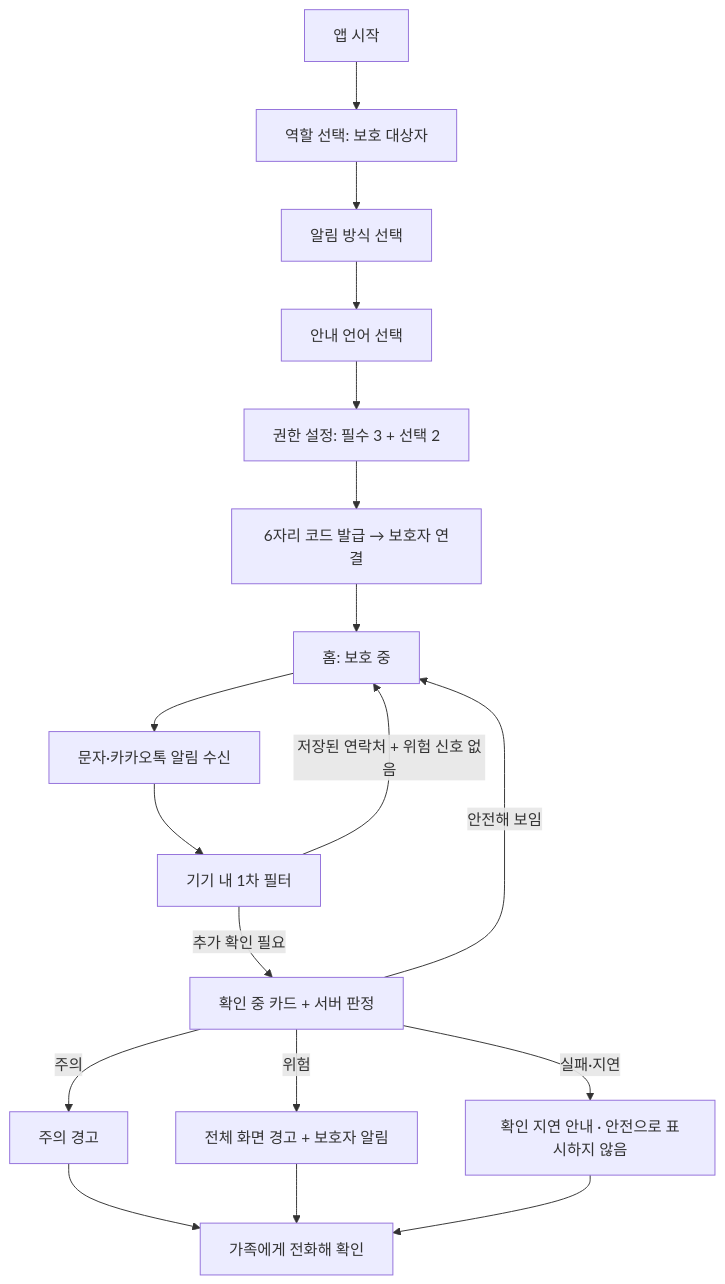
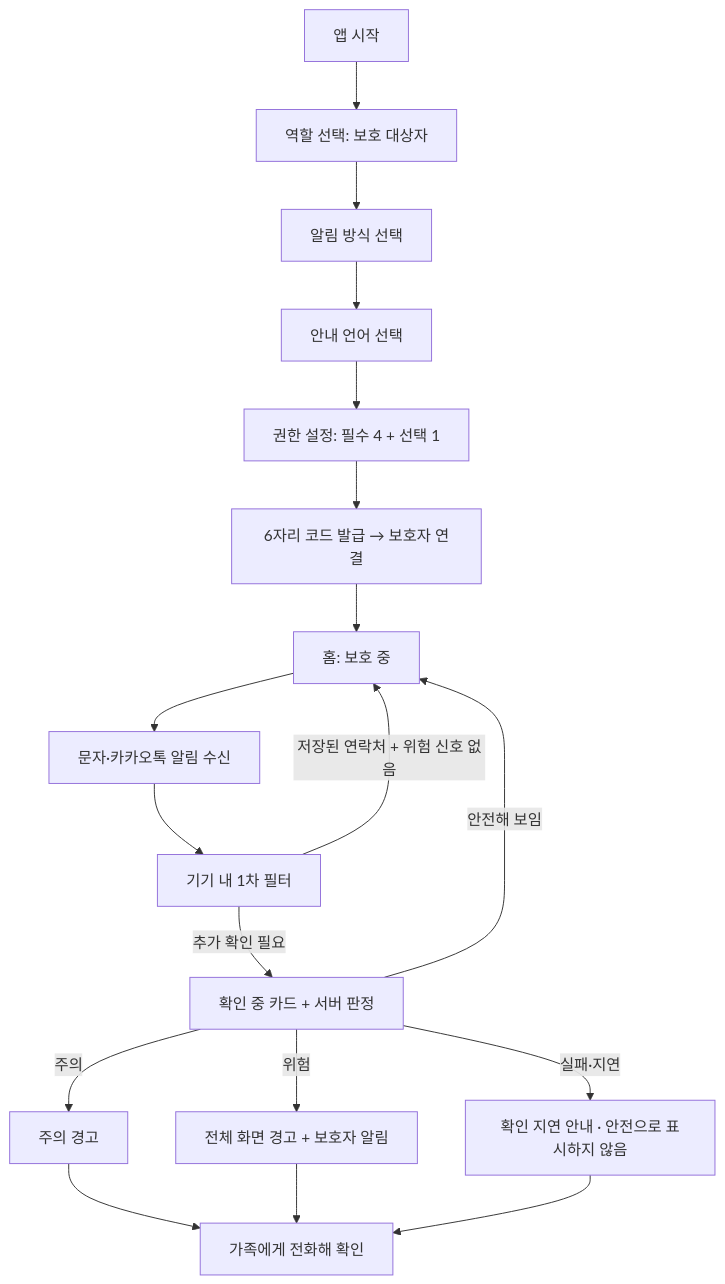
One commit to musicgj311-byte/2026_hackathon_duksung changed the first of 2 diagrams in frontend/README.md. Above: the diagram before and after it, drawn with Mermaid. The commit also changed other lines of this file, not shown here.

First line of the commit message:
Revise permissions and flowchart in README.md

````diff
--- a/frontend/README.md
+++ b/frontend/README.md
@@ -53,20 +53,20 @@
 ```mermaid
 flowchart TD
     A[앱 시작] --> B[역할 선택: 보호 대상자]
     B --> C[알림 방식 선택]
     C --> D[안내 언어 선택]
-    D --> E[권한 설정: 필수 3 + 선택 2]
+    D --> E[권한 설정: 필수 4 + 선택 1]
     E --> F[6자리 코드 발급 → 보호자 연결]
     F --> G[홈: 보호 중]
     G --> H[문자·카카오톡 알림 수신]
     H --> I[기기 내 1차 필터]
     I -->|저장된 연락처 + 위험 신호 없음| G
     I -->|추가 확인 필요| J[확인 중 카드 + 서버 판정]
     J -->|안전해 보임| G
     J -->|주의| K[주의 경고]
     J -->|위험| L[전체 화면 경고 + 보호자 알림]
     J -->|실패·지연| M[확인 지연 안내 · 안전으로 표시하지 않음]
     K --> N[가족에게 전화해 확인]
     L --> N
     M --> N
 ```
````
